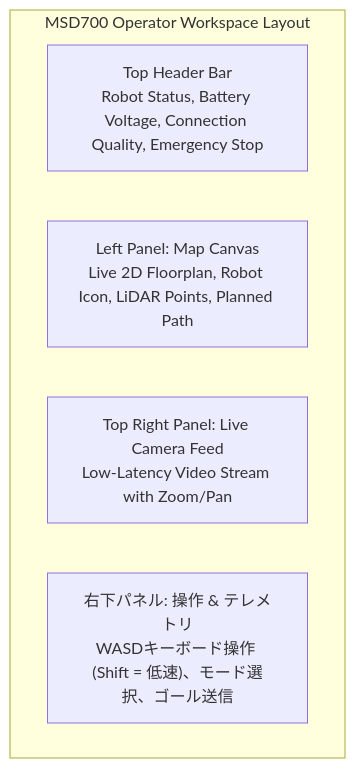
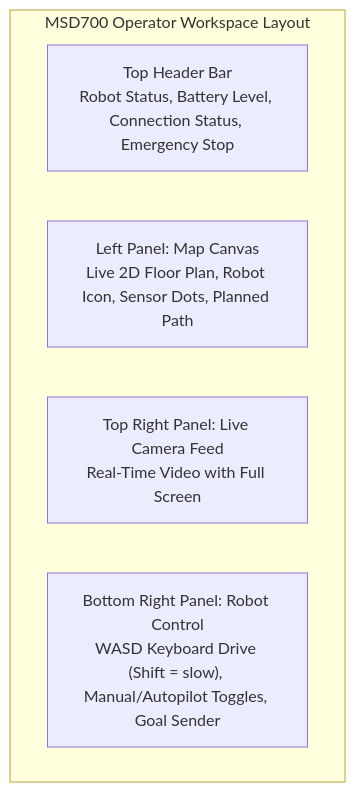
The second of 4 diagrams in docs/ja/user-guide/quick-start.md (itbdelaboprogramming/msd700_documentation), drawn with Mermaid before and after one commit. The commit also changed other lines of this file and 35 other files, not shown here.

````diff
--- a/docs/ja/user-guide/quick-start.md
+++ b/docs/ja/user-guide/quick-start.md
@@ -53,9 +54,9 @@
 ```mermaid
 flowchart TD
   subgraph Workspace["MSD700 Operator Workspace Layout"]
-    TOP["Top Header Bar<br/>Robot Status, Battery Voltage, Connection Quality, Emergency Stop"]
-    LEFT["Left Panel: Map Canvas<br/>Live 2D Floorplan, Robot Icon, LiDAR Points, Planned Path"]
-    RIGHT_TOP["Top Right Panel: Live Camera Feed<br/>Low-Latency Video Stream with Zoom/Pan"]
-    RIGHT_BOT["右下パネル: 操作 & テレメトリ<br/>WASDキーボード操作 (Shift = 低速)、モード選択、ゴール送信"]
+    TOP["Top Header Bar<br/>Robot Status, Battery Level, Connection Status, Emergency Stop"]
+    LEFT["Left Panel: Map Canvas<br/>Live 2D Floor Plan, Robot Icon, Sensor Dots, Planned Path"]
+    RIGHT_TOP["Top Right Panel: Live Camera Feed<br/>Real-Time Video with Full Screen"]
+    RIGHT_BOT["Bottom Right Panel: Robot Control<br/>WASD Keyboard Drive (Shift = slow), Manual/Autopilot Toggles, Goal Sender"]
   end
 ```
````
